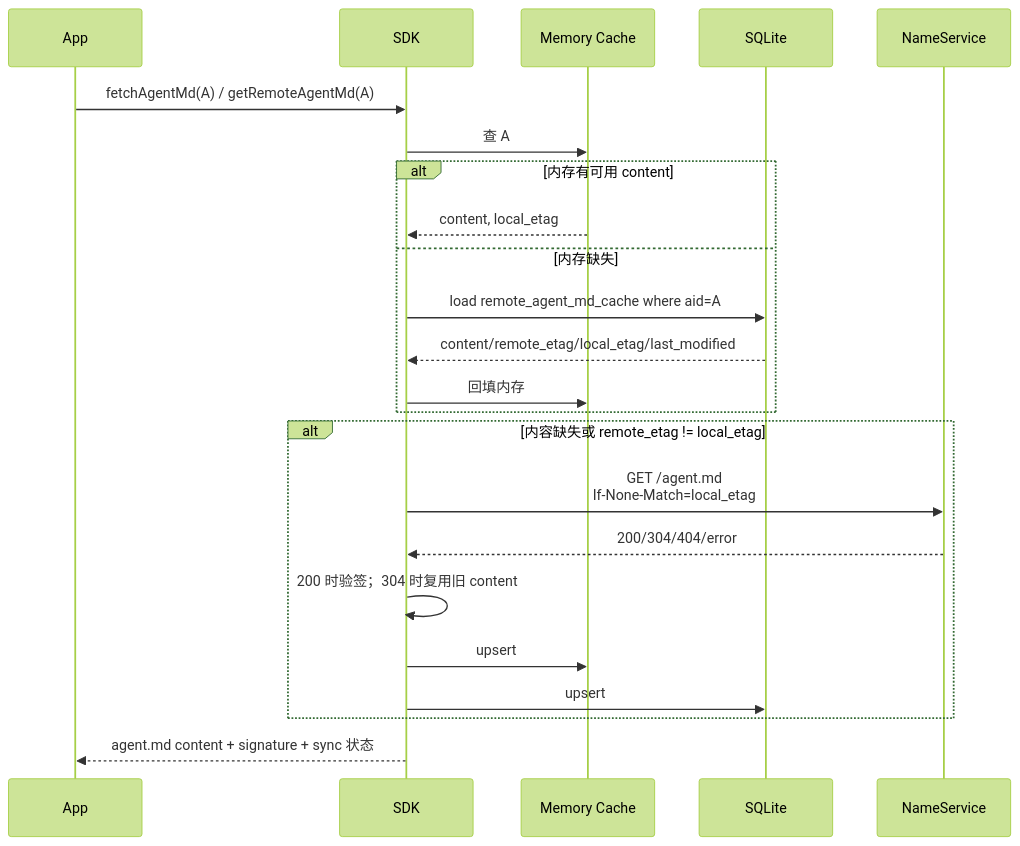
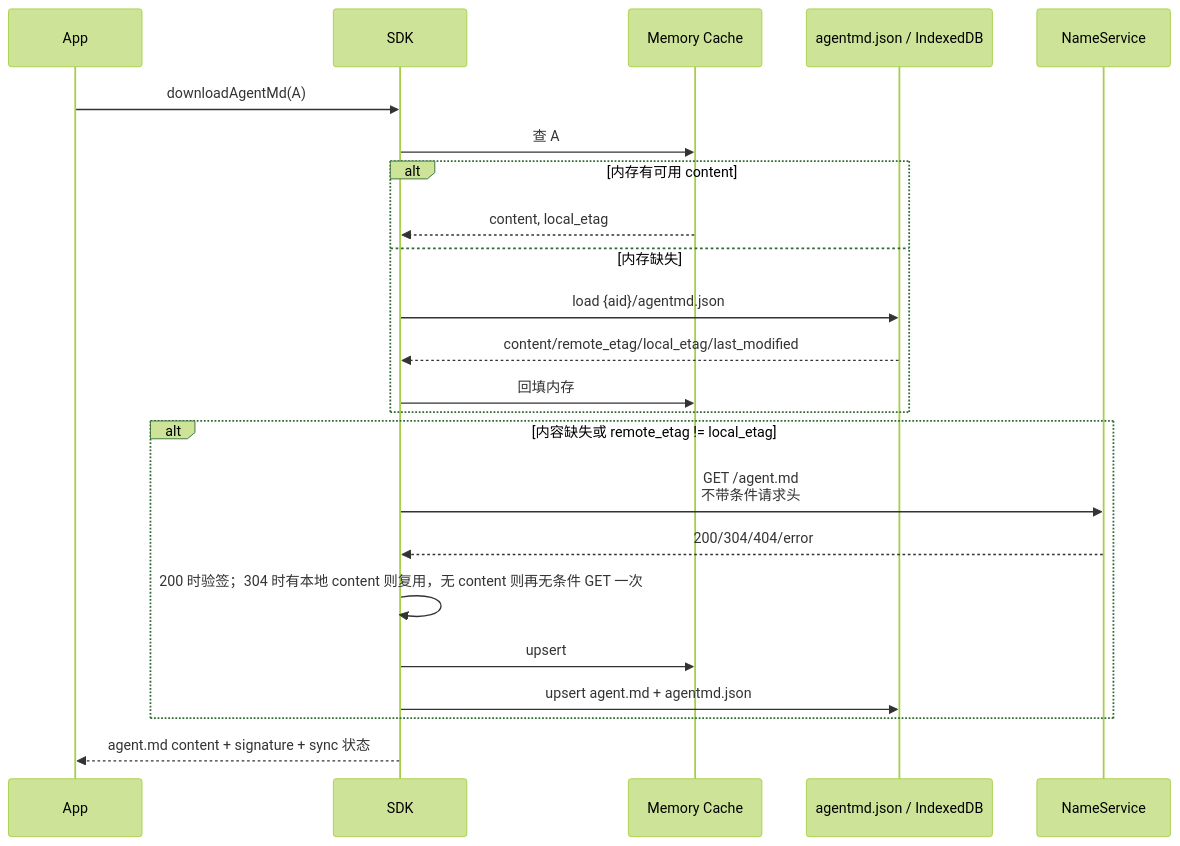
Before and after one commit to ModelUnion/aun-sdk-core: the third of 4 diagrams in docs/agent.md/远程agent.md缓存与etag透传方案.md, drawn with Mermaid (forest theme). The commit also changed other lines of this file and 158 other files, not shown here.

Commit message:
feat(sdk): v0.4.6 — Keystore 拆分(LocalIdentityStore/LocalTokenStore) + AgentMdManager 独立 + RegisterFlow 公开方法 + 四语言对齐

````diff
--- a/docs/agent.md/远程agent.md缓存与etag透传方案.md
+++ b/docs/agent.md/远程agent.md缓存与etag透传方案.md
@@ -140,28 +143,28 @@
 ```mermaid
 sequenceDiagram
     participant App
     participant SDK
     participant Mem as Memory Cache
-    participant SQL as SQLite
+    participant Store as agentmd.json / IndexedDB
     participant NS as NameService
 
-    App->>SDK: fetchAgentMd(A) / getRemoteAgentMd(A)
+    App->>SDK: downloadAgentMd(A)
     SDK->>Mem: 查 A
     alt 内存有可用 content
         Mem-->>SDK: content, local_etag
     else 内存缺失
-        SDK->>SQL: load remote_agent_md_cache where aid=A
-        SQL-->>SDK: content/remote_etag/local_etag/last_modified
+        SDK->>Store: load {aid}/agentmd.json
+        Store-->>SDK: content/remote_etag/local_etag/last_modified
         SDK->>Mem: 回填内存
     end
 
     alt 内容缺失或 remote_etag != local_etag
-        SDK->>NS: GET /agent.md<br/>If-None-Match=local_etag
+        SDK->>NS: GET /agent.md<br/>不带条件请求头
         NS-->>SDK: 200/304/404/error
-        SDK->>SDK: 200 时验签；304 时复用旧 content
+        SDK->>SDK: 200 时验签；304 时有本地 content 则复用，无 content 则再无条件 GET 一次
         SDK->>Mem: upsert
-        SDK->>SQL: upsert
+        SDK->>Store: upsert agent.md + agentmd.json
     end
 
     SDK-->>App: agent.md content + signature + sync 状态
 ```
````
